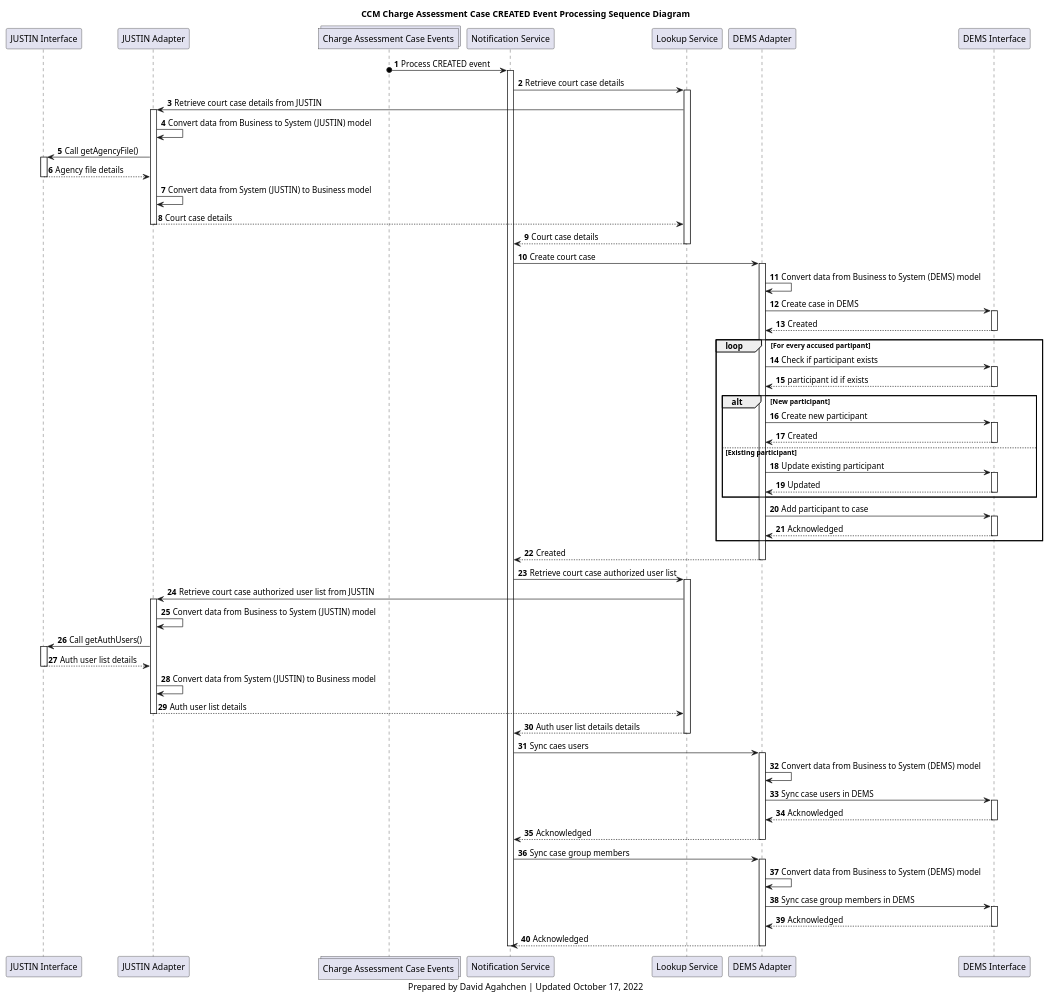
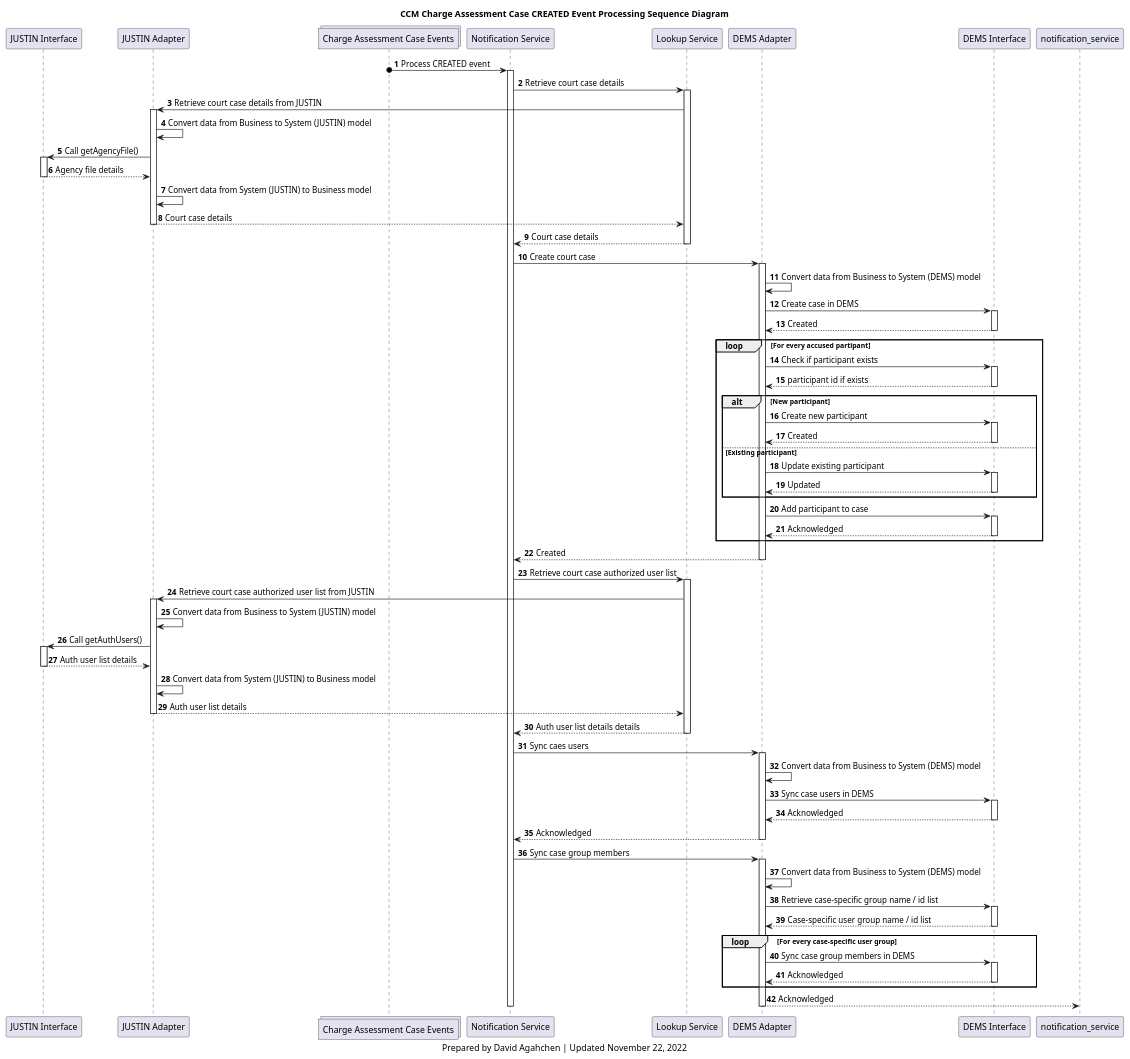
The diagram in diagrams/ccm_charge_assessment_case_created_processing_sequence_diagram.plantuml (bcgov/jpss-jade-ccm), drawn with PlantUML before and after one commit. The commit also changed 7 other files, not shown here.

```diff
--- a/diagrams/ccm_charge_assessment_case_created_processing_sequence_diagram.plantuml
+++ b/diagrams/ccm_charge_assessment_case_created_processing_sequence_diagram.plantuml
@@ -1,113 +1,119 @@
 @startuml
 'hide footbox
 participant j_interface as "JUSTIN Interface"
 participant j_adapter as "JUSTIN Adapter"
 collections charge_assessment_cases_topic as "Charge Assessment Case Events"
 participant case_notification_service as "Notification Service"
 participant case_lookup_service as "Lookup Service"
 participant d_adapter as "DEMS Adapter"
 participant d_interface as "DEMS Interface"
 
 title
 CCM Charge Assessment Case CREATED Event Processing Sequence Diagram
 end title
 
 autonumber
 
 charge_assessment_cases_topic o-> case_notification_service : Process CREATED event
 activate case_notification_service
 case_notification_service -> case_lookup_service: Retrieve court case details
 activate case_lookup_service
 case_lookup_service -> j_adapter: Retrieve court case details from JUSTIN
 
 activate j_adapter
 j_adapter -> j_adapter: Convert data from Business to System (JUSTIN) model
 j_adapter -> j_interface: Call getAgencyFile()
 activate j_interface
 j_interface --> j_adapter: Agency file details
 deactivate j_interface
 j_adapter -> j_adapter: Convert data from System (JUSTIN) to Business model
 j_adapter --> case_lookup_service: Court case details
 deactivate j_adapter
 
 case_lookup_service --> case_notification_service: Court case details
 deactivate case_lookup_service
 
 case_notification_service -> d_adapter: Create court case
 
 activate d_adapter
 d_adapter -> d_adapter: Convert data from Business to System (DEMS) model
 d_adapter -> d_interface: Create case in DEMS
 activate d_interface
 d_interface --> d_adapter: Created
 deactivate d_interface
 
 loop For every accused partipant
     d_adapter -> d_interface: Check if participant exists
     activate d_interface
     d_interface --> d_adapter: participant id if exists
     deactivate d_interface
     alt New participant
         d_adapter -> d_interface: Create new participant
         activate d_interface
         d_interface --> d_adapter: Created
         deactivate d_interface
     else Existing participant
         d_adapter -> d_interface: Update existing participant
         activate d_interface
         d_interface --> d_adapter: Updated
         deactivate d_interface
     end
     d_adapter -> d_interface: Add participant to case
     activate d_interface
     d_interface --> d_adapter: Acknowledged
     deactivate d_interface
 end
 
 d_adapter --> case_notification_service: Created
 
 deactivate d_adapter
 
 case_notification_service -> case_lookup_service: Retrieve court case authorized user list
 activate case_lookup_service
 case_lookup_service -> j_adapter: Retrieve court case authorized user list from JUSTIN
 
 activate j_adapter
 j_adapter -> j_adapter: Convert data from Business to System (JUSTIN) model
 j_adapter -> j_interface: Call getAuthUsers()
 activate j_interface
 j_interface --> j_adapter: Auth user list details
 deactivate j_interface
 j_adapter -> j_adapter: Convert data from System (JUSTIN) to Business model
 j_adapter --> case_lookup_service: Auth user list details
 deactivate j_adapter
 
 case_lookup_service --> case_notification_service: Auth user list details details
 deactivate case_lookup_service
 
 case_notification_service -> d_adapter: Sync caes users
 activate d_adapter
 d_adapter -> d_adapter: Convert data from Business to System (DEMS) model
 d_adapter -> d_interface: Sync case users in DEMS
 activate d_interface
 d_interface --> d_adapter: Acknowledged
 deactivate d_interface
 d_adapter --> case_notification_service: Acknowledged
 deactivate d_adapter
 
 case_notification_service -> d_adapter: Sync case group members
 activate d_adapter
 d_adapter -> d_adapter: Convert data from Business to System (DEMS) model
-d_adapter -> d_interface: Sync case group members in DEMS
+d_adapter -> d_interface: Retrieve case-specific group name / id list
 activate d_interface
-d_interface --> d_adapter: Acknowledged
+d_interface --> d_adapter: Case-specific user group name / id list
 deactivate d_interface
-d_adapter --> case_notification_service: Acknowledged
+loop For every case-specific user group
+    d_adapter -> d_interface: Sync case group members in DEMS
+    activate d_interface
+    d_interface --> d_adapter: Acknowledged
+    deactivate d_interface
+end
+d_adapter --> notification_service: Acknowledged
 deactivate d_adapter
 
 deactivate case_notification_service
 
 caption
-Prepared by David Agahchen | Updated October 17, 2022
+Prepared by David Agahchen | Updated November 22, 2022
 end caption
 @enduml
```
